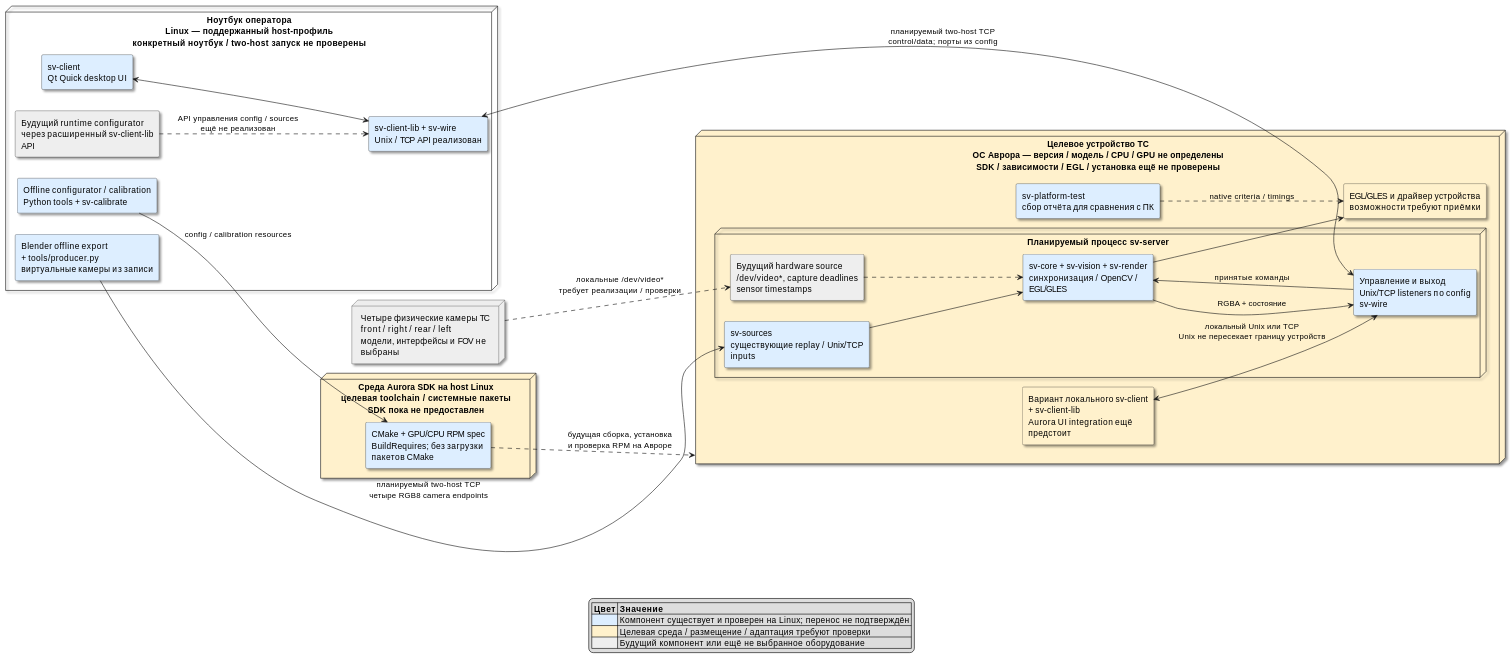
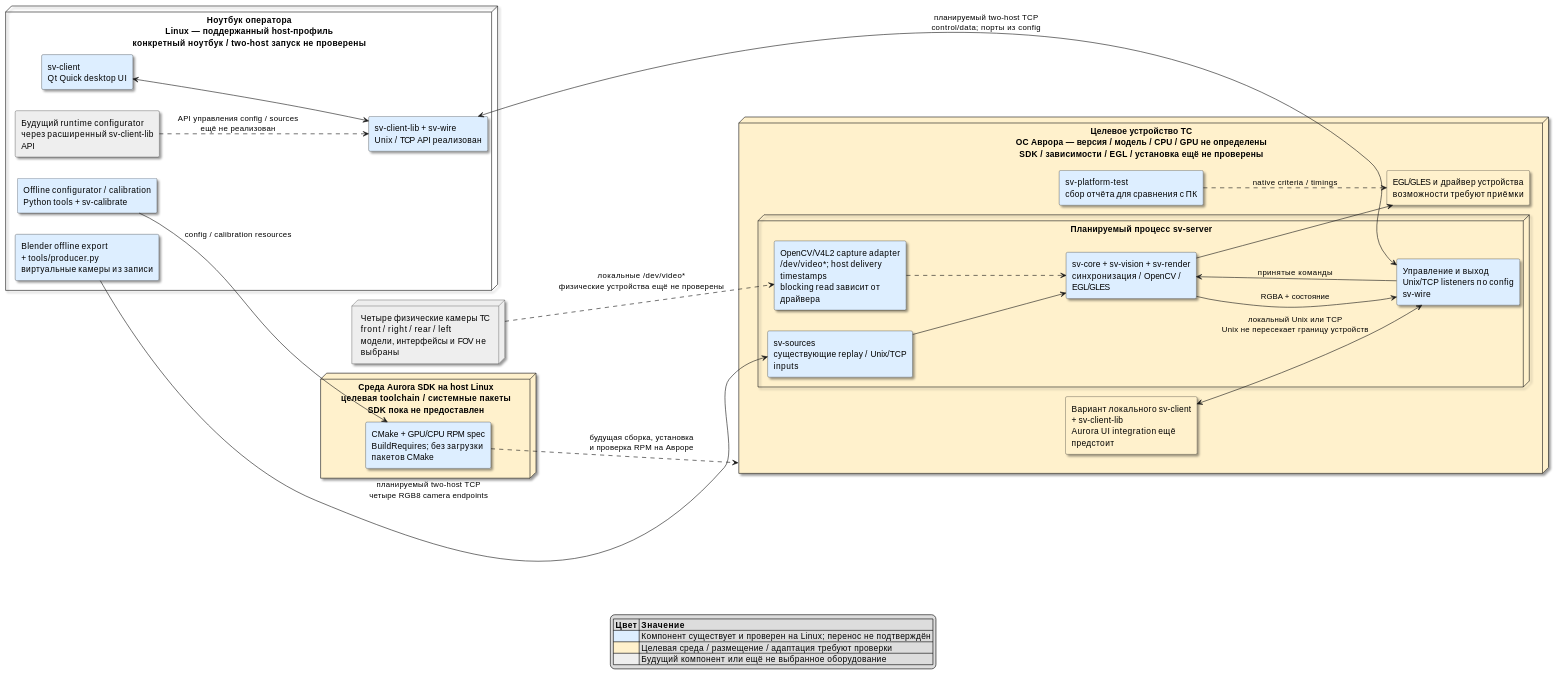
One commit to AKTOETO/Surround-view changed the second of 2 diagrams in docs/architecture/DEPLOYMENT.md. Above: the diagram before and after it, drawn with PlantUML. The commit also changed other lines of this file and 15 other files, not shown here.

````diff
--- a/docs/architecture/DEPLOYMENT.md
+++ b/docs/architecture/DEPLOYMENT.md
@@ -124,55 +124,55 @@
 ```plantuml
 @startuml
 left to right direction
 skinparam componentStyle rectangle
 skinparam shadowing true
 skinparam wrapWidth 230
 
 node "Ноутбук оператора\nLinux — поддержанный host-профиль\nконкретный ноутбук / two-host запуск не проверены" as Laptop {
   component "sv-client\nQt Quick desktop UI" as RemoteClient #DDEEFF
   component "sv-client-lib + sv-wire\nUnix / TCP API реализован" as RemoteLib #DDEEFF
   component "Blender offline export\n+ tools/producer.py\nвиртуальные камеры из записи" as RemoteProducer #DDEEFF
   component "Offline configurator / calibration\nPython tools + sv-calibrate" as RemoteConfig #DDEEFF
   component "Будущий runtime configurator\nчерез расширенный sv-client-lib API" as FutureConfig #EEEEEE
 }
 
 node "Целевое устройство ТС\nОС Аврора — версия / модель / CPU / GPU не определены\nSDK / зависимости / EGL / установка ещё не проверены" as Target #FFF1CC {
   node "Планируемый процесс sv-server" {
     component "sv-sources\nсуществующие replay / Unix/TCP inputs" as TargetSources #DDEEFF
     component "sv-core + sv-vision + sv-render\nсинхронизация / OpenCV / EGL/GLES" as TargetPipeline #DDEEFF
     component "Управление и выход\nUnix/TCP listeners по config\nsv-wire" as TargetTransport #DDEEFF
-    component "Будущий hardware source\n/dev/video*, capture deadlines\nsensor timestamps" as Hardware #EEEEEE
+    component "OpenCV/V4L2 capture adapter\n/dev/video*; host delivery timestamps\nblocking read зависит от драйвера" as Hardware #DDEEFF
   }
   component "sv-platform-test\nсбор отчёта для сравнения с ПК" as TargetTest #DDEEFF
   component "Вариант локального sv-client\n+ sv-client-lib\nAurora UI integration ещё предстоит" as LocalClient #FFF1CC
   component "EGL/GLES и драйвер устройства\nвозможности требуют приёмки" as TargetGPU #FFF1CC
 }
 
 node "Четыре физические камеры ТС\nfront / right / rear / left\nмодели, интерфейсы и FOV не выбраны" as Cameras #EEEEEE
 node "Среда Aurora SDK на host Linux\nцелевая toolchain / системные пакеты\nSDK пока не предоставлен" as SDK #FFF1CC {
   component "CMake + GPU/CPU RPM spec\nBuildRequires; без загрузки пакетов CMake" as Package #DDEEFF
 }
 
 RemoteClient <--> RemoteLib
 RemoteLib <--> TargetTransport : планируемый two-host TCP\ncontrol/data; порты из config
 RemoteProducer --> TargetSources : планируемый two-host TCP\nчетыре RGB8 camera endpoints
 RemoteConfig --> Package : config / calibration resources
 FutureConfig ..> RemoteLib : API управления config / sources\nещё не реализован
-Cameras ..> Hardware : локальные /dev/video*\nтребует реализации / проверки
+Cameras ..> Hardware : локальные /dev/video*\nфизические устройства ещё не проверены
 Hardware ..> TargetPipeline
 TargetSources --> TargetPipeline
 TargetPipeline --> TargetGPU
 TargetPipeline --> TargetTransport : RGBA + состояние
 TargetTransport --> TargetPipeline : принятые команды
 LocalClient <--> TargetTransport : локальный Unix или TCP\nUnix не пересекает границу устройств
 TargetTest ..> TargetGPU : native criteria / timings
 Package ..> Target : будущая сборка, установка\nи проверка RPM на Авроре
 
 legend bottom
   |= Цвет |= Значение |
   |<#DDEEFF> | Компонент существует и проверен на Linux; перенос не подтверждён |
   |<#FFF1CC> | Целевая среда / размещение / адаптация требуют проверки |
   |<#EEEEEE> | Будущий компонент или ещё не выбранное оборудование |
 endlegend
 @enduml
 ```
````
